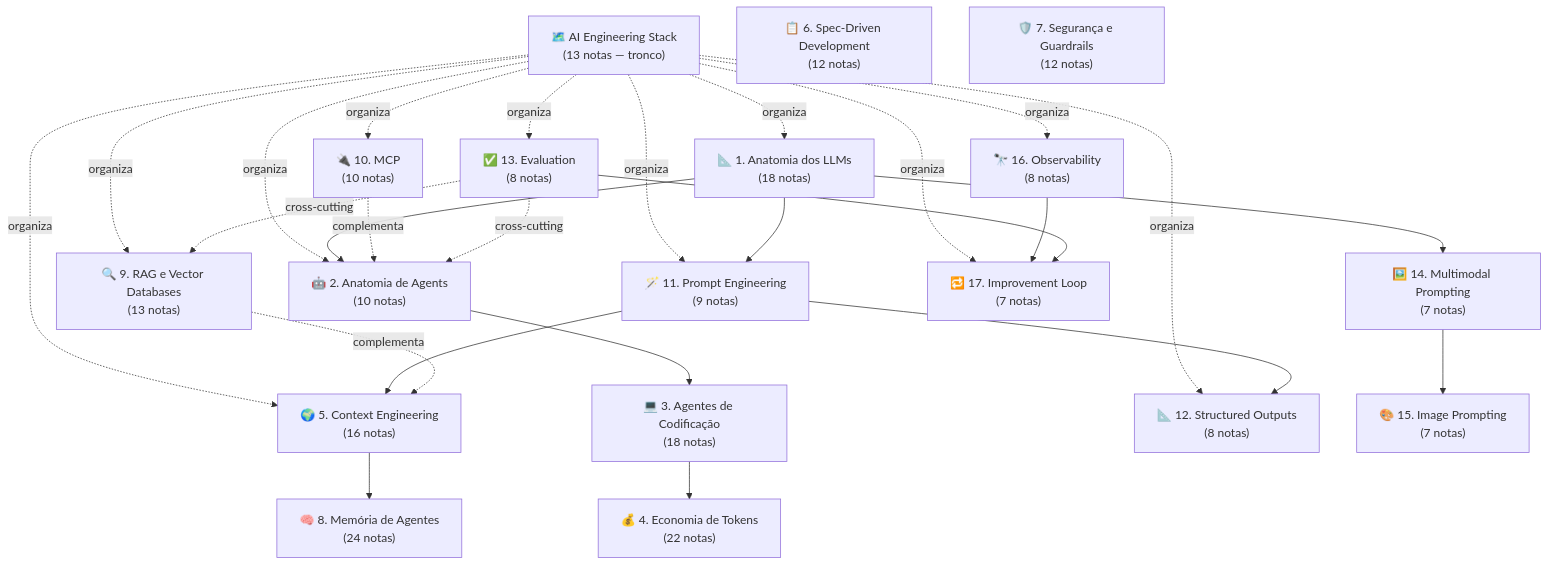
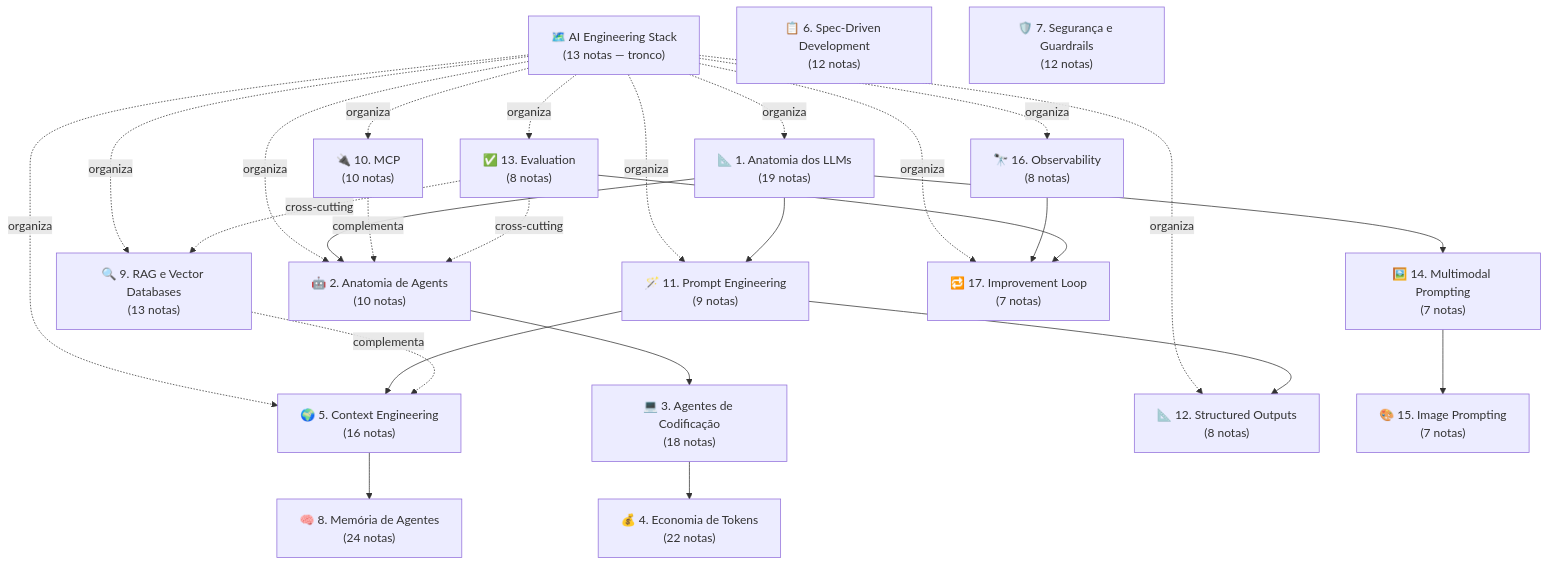
Before and after one commit to josenaldo/codex-technomanticus: the first of 2 diagrams in 03-Dominios/IA/index.md, drawn with Mermaid. The commit also changed other lines of this file and 4 other files, not shown here.

````diff
--- a/03-Dominios/IA/index.md
+++ b/03-Dominios/IA/index.md
@@ -129,49 +129,49 @@
 ```mermaid
 graph TB
     M_STACK["🗺️ AI Engineering Stack<br/>(13 notas — tronco)"]
 
-    M1["📐 1. Anatomia dos LLMs<br/>(18 notas)"]
+    M1["📐 1. Anatomia dos LLMs<br/>(19 notas)"]
     M2["🤖 2. Anatomia de Agents<br/>(10 notas)"]
     M3["💻 3. Agentes de Codificação<br/>(18 notas)"]
     M4["💰 4. Economia de Tokens<br/>(22 notas)"]
     M5["🌍 5. Context Engineering<br/>(16 notas)"]
     M6["📋 6. Spec-Driven Development<br/>(12 notas)"]
     M7["🛡️ 7. Segurança e Guardrails<br/>(12 notas)"]
     M8["🧠 8. Memória de Agentes<br/>(24 notas)"]
     M9["🔍 9. RAG e Vector Databases<br/>(13 notas)"]
     M10["🔌 10. MCP<br/>(10 notas)"]
     M11["🪄 11. Prompt Engineering<br/>(9 notas)"]
     M12["📐 12. Structured Outputs<br/>(8 notas)"]
     M13["✅ 13. Evaluation<br/>(8 notas)"]
     M14["🖼️ 14. Multimodal Prompting<br/>(7 notas)"]
     M15["🎨 15. Image Prompting<br/>(7 notas)"]
     M16["🔭 16. Observability<br/>(8 notas)"]
     M17["🔁 17. Improvement Loop<br/>(7 notas)"]
 
     M_STACK -.organiza.-> M1
     M_STACK -.organiza.-> M2
     M_STACK -.organiza.-> M5
     M_STACK -.organiza.-> M9
     M_STACK -.organiza.-> M10
     M_STACK -.organiza.-> M11
     M_STACK -.organiza.-> M12
     M_STACK -.organiza.-> M13
     M_STACK -.organiza.-> M16
     M_STACK -.organiza.-> M17
 
     M1 --> M11
     M11 --> M5
     M11 --> M12
     M1 --> M14
     M14 --> M15
     M1 --> M2
     M2 --> M3
     M3 --> M4
     M5 --> M8
     M9 -.complementa.-> M5
     M10 -.complementa.-> M2
     M13 -.cross-cutting.-> M2
     M13 -.cross-cutting.-> M9
     M16 --> M17
     M13 --> M17
 ```
````
